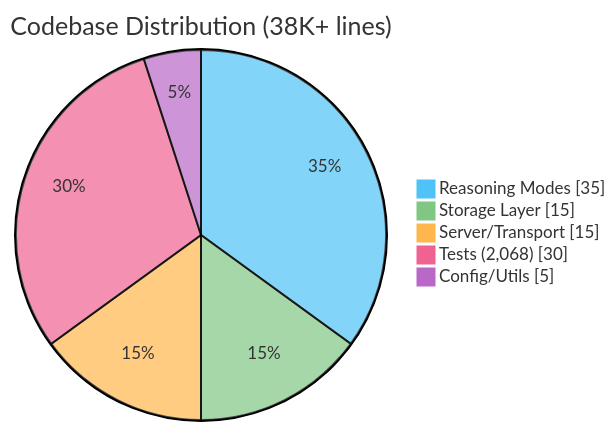
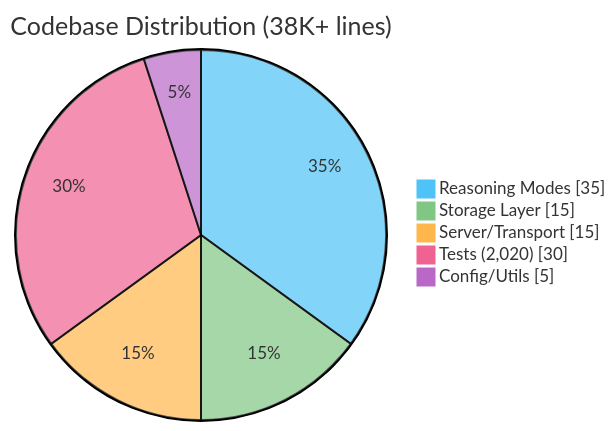
Before and after one commit to quanticsoul4772/mcp-reasoning: the first of 6 diagrams in README.md, drawn with Mermaid. The commit also changed other lines of this file and 7 other files, not shown here.

````diff
--- a/README.md
+++ b/README.md
@@ -10,9 +10,9 @@
 ```mermaid
 %%{init: {'theme': 'base', 'themeVariables': {'pie1': '#4fc3f7', 'pie2': '#81c784', 'pie3': '#ffb74d', 'pie4': '#f06292', 'pie5': '#ba68c8'}}}%%
 pie showData title Codebase Distribution (38K+ lines)
     "Reasoning Modes" : 35
     "Storage Layer" : 15
     "Server/Transport" : 15
-    "Tests (2,068)" : 30
+    "Tests (2,020)" : 30
     "Config/Utils" : 5
 ```
````
